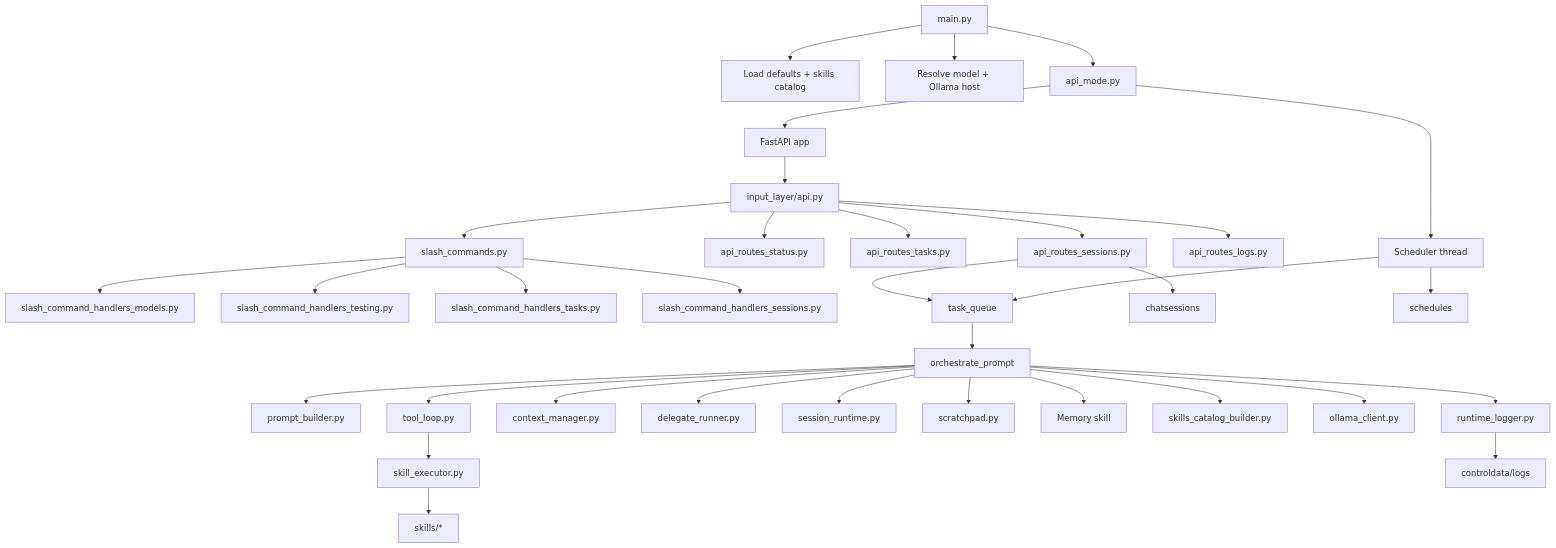
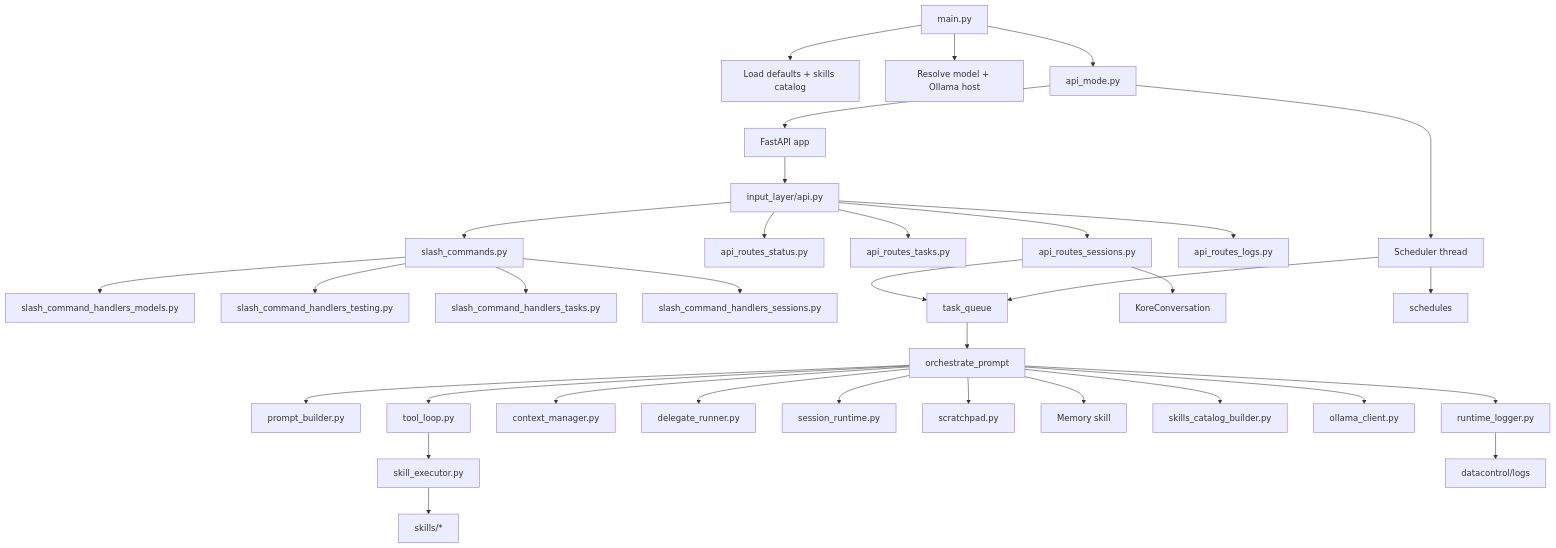
The diagram in README_DEVS.md (DaveSteadman/MiniAgentFramework), drawn with Mermaid before and after one commit. The commit also changed other lines of this file and 8 other files, not shown here.

````diff
--- a/README_DEVS.md
+++ b/README_DEVS.md
@@ -27,45 +27,45 @@
 ```mermaid
 flowchart TD
     A[main.py] --> B[Load defaults + skills catalog]
     A --> C[Resolve model + Ollama host]
     A --> D[api_mode.py]
 
     D --> E[FastAPI app]
     D --> F[Scheduler thread]
 
     E --> G[input_layer/api.py]
     G --> G1[api_routes_status.py]
     G --> G2[api_routes_tasks.py]
     G --> G3[api_routes_sessions.py]
     G --> G4[api_routes_logs.py]
     G --> H[slash_commands.py]
     H --> H1[slash_command_handlers_models.py]
     H --> H2[slash_command_handlers_testing.py]
     H --> H3[slash_command_handlers_tasks.py]
     H --> H4[slash_command_handlers_sessions.py]
 
     G3 --> Q[task_queue]
     F --> Q
 
     Q --> R[orchestrate_prompt]
 
     R --> R1[prompt_builder.py]
     R --> R2[tool_loop.py]
     R --> R3[context_manager.py]
     R --> R4[delegate_runner.py]
     R --> R5[session_runtime.py]
 
     R2 --> S[skill_executor.py]
     S --> T[skills/*]
 
     R --> U[scratchpad.py]
     R --> V[Memory skill]
     R --> W[skills_catalog_builder.py]
     R --> X[ollama_client.py]
 
     R --> Y[runtime_logger.py]
-    Y --> Z[controldata/logs]
+    Y --> Z[datacontrol/logs]
 
-    G3 --> AA[chatsessions]
+    G3 --> AA[KoreConversation]
     F --> AB[schedules]
 ```
````
